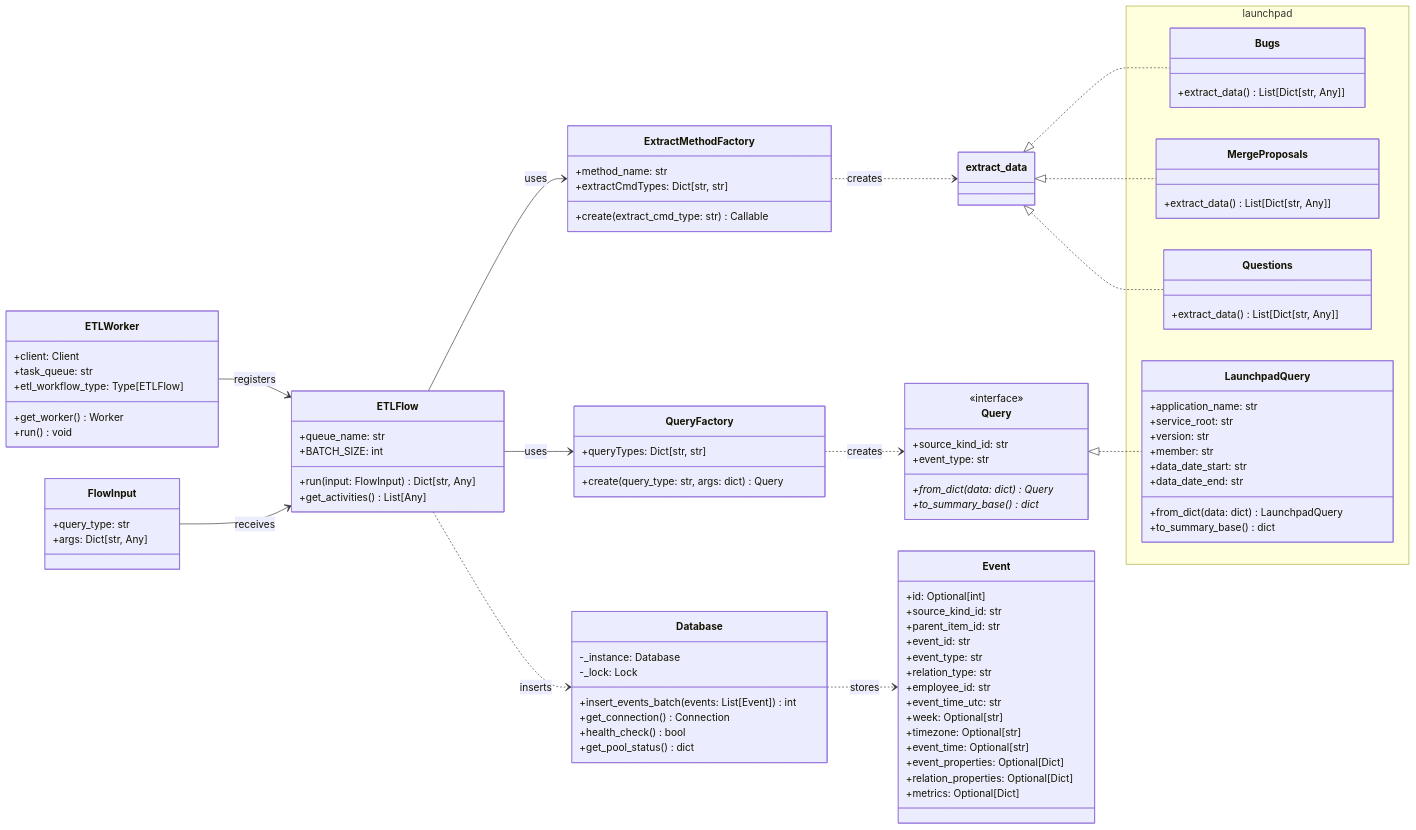
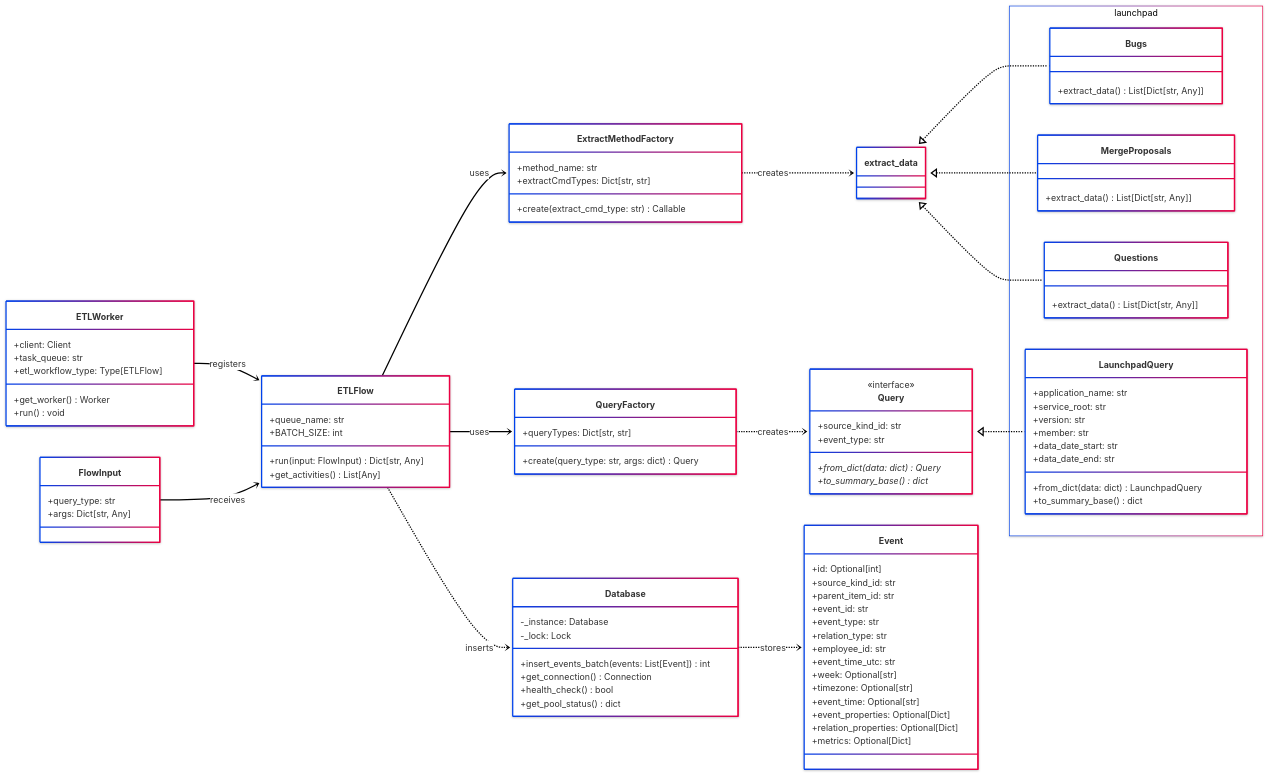
One commit to josecabralf/TemporalETL changed the diagram in README.md. Above: the diagram before and after it, drawn with Mermaid.

Commit message:
readme styling

````diff
--- a/README.md
+++ b/README.md
@@ -33,4 +33,10 @@
 ```mermaid
+---
+config:
+  theme: neo
+  look: neo
+  layout: dagre
+---
 classDiagram
 direction LR
     class ETLFlow {
````
